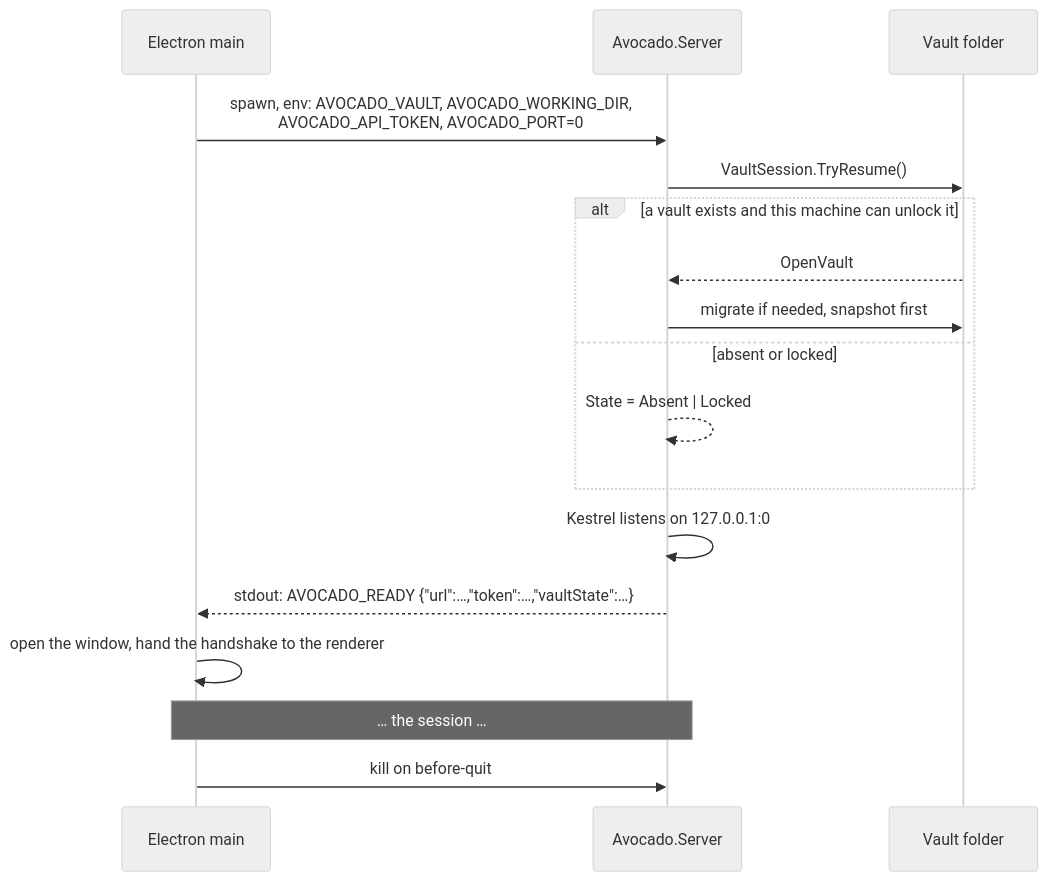
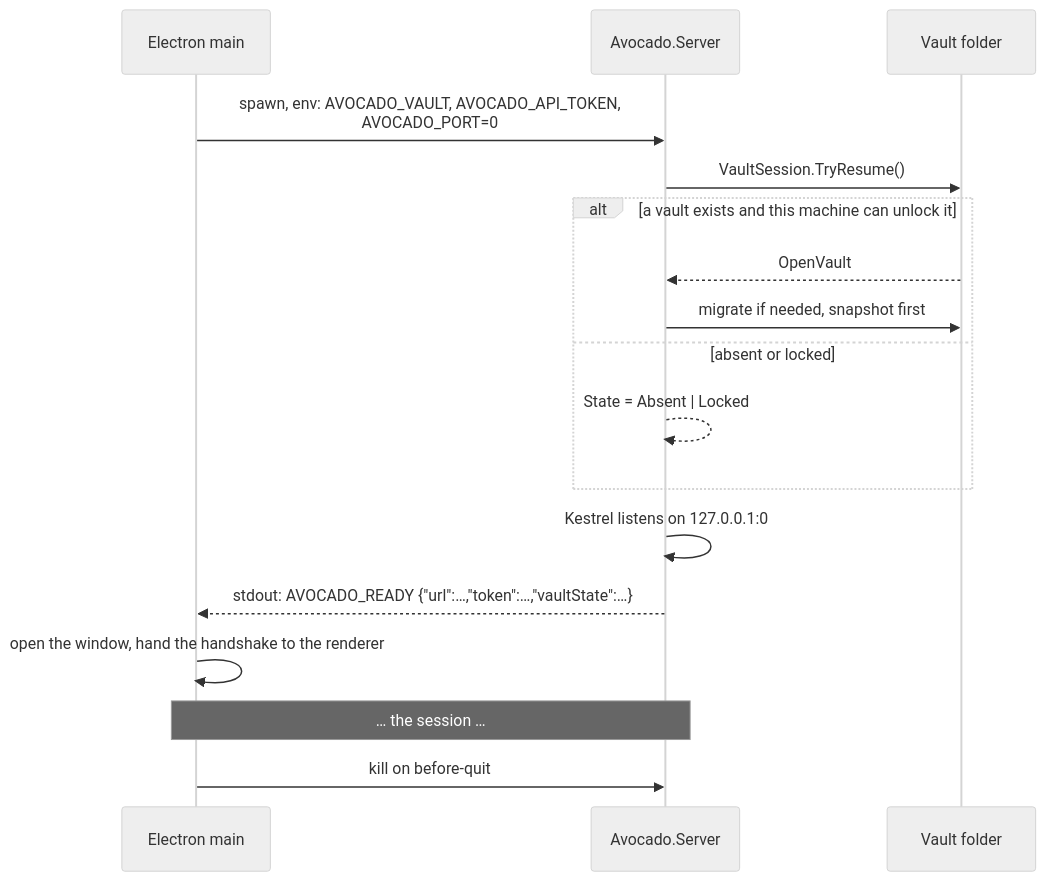
Before and after one commit to Vincent-Bdn/Avocado: the diagram in docs/BACKEND.md, drawn with Mermaid (neutral theme). The commit also changed other lines of this file and 10 other files, not shown here.

````diff
--- a/docs/BACKEND.md
+++ b/docs/BACKEND.md
@@ -205,20 +204,20 @@
 ```mermaid
 sequenceDiagram
     participant E as Electron main
     participant B as Avocado.Server
     participant V as Vault folder
 
-    E->>B: spawn, env: AVOCADO_VAULT, AVOCADO_WORKING_DIR,<br/>AVOCADO_API_TOKEN, AVOCADO_PORT=0
+    E->>B: spawn, env: AVOCADO_VAULT, AVOCADO_API_TOKEN,<br/>AVOCADO_PORT=0
     B->>V: VaultSession.TryResume()
     alt a vault exists and this machine can unlock it
         V-->>B: OpenVault
         B->>V: migrate if needed, snapshot first
     else absent or locked
         B-->>B: State = Absent | Locked
     end
     B->>B: Kestrel listens on 127.0.0.1:0
     B-->>E: stdout: AVOCADO_READY {"url":…,"token":…,"vaultState":…}
     E->>E: open the window, hand the handshake to the renderer
     Note over E,B: … the session …
     E->>B: kill on before-quit
 ```
````
